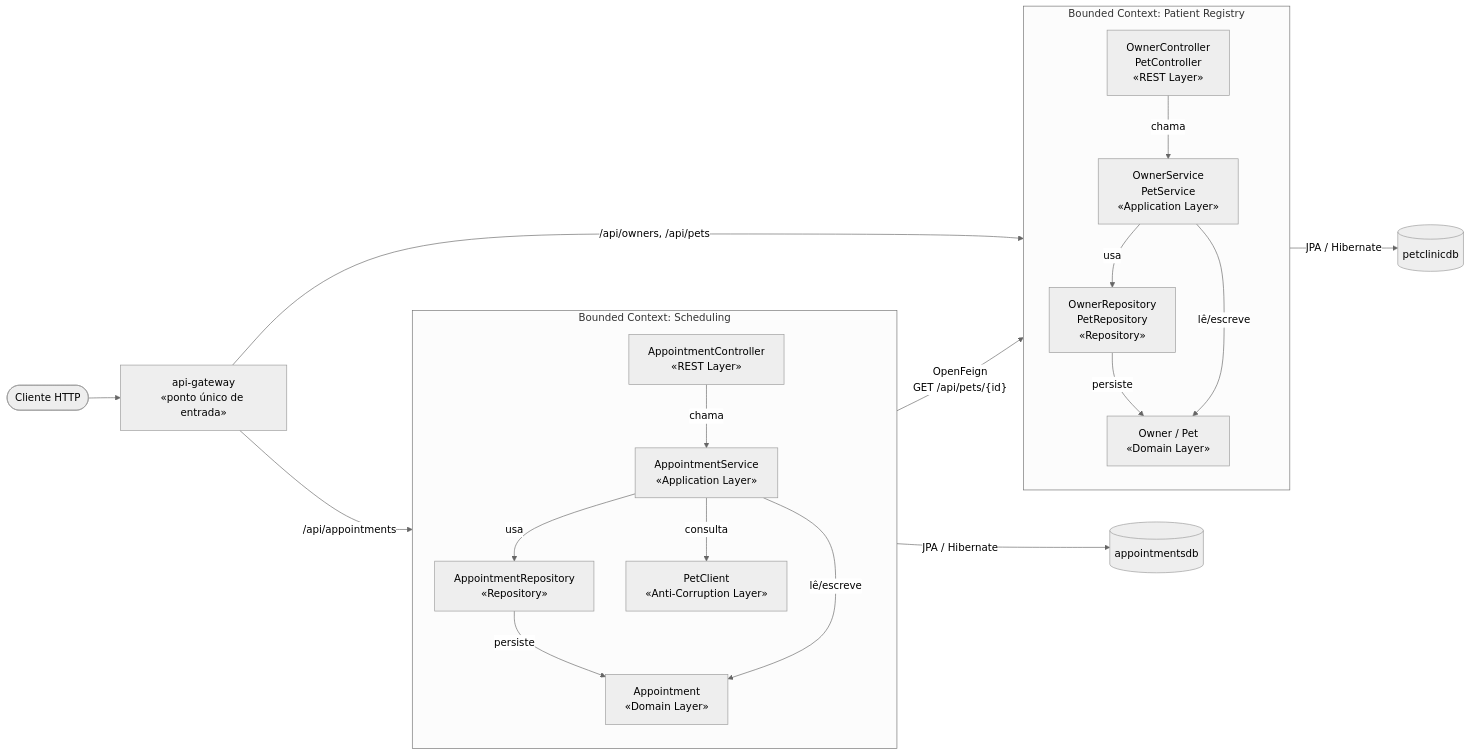
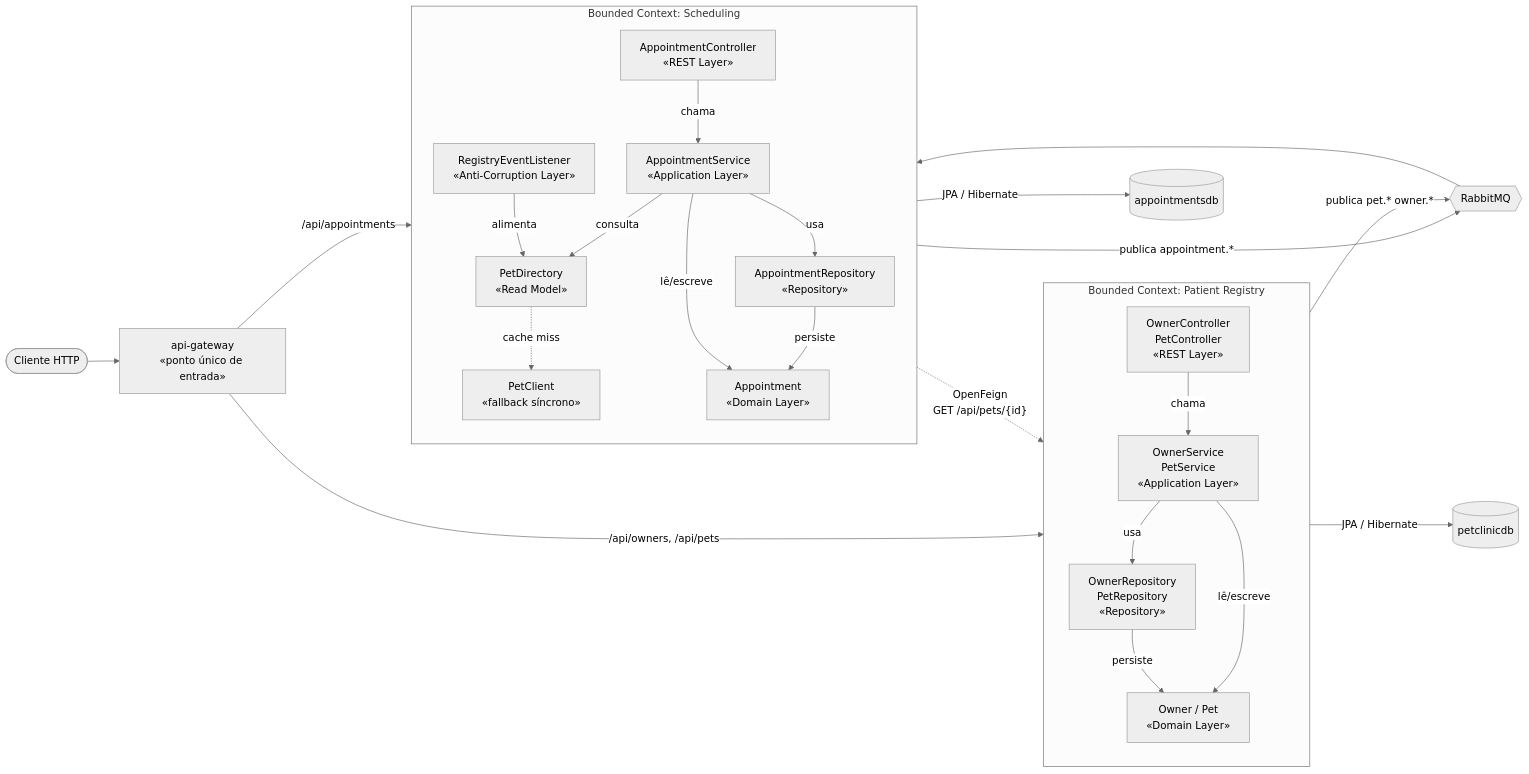
One commit to infnet-antonio-lemos/projeto-bloco-softwares-escalaveis changed the third of 3 diagrams in docs/ddd-context-map.md. Above: the diagram before and after it, drawn with Mermaid (neutral theme). The commit also changed other lines of this file and 55 other files, not shown here.

````diff
--- a/docs/ddd-context-map.md
+++ b/docs/ddd-context-map.md
@@ -178,39 +193,48 @@
 ```mermaid
 flowchart LR
     HTTP(["Cliente HTTP"]) --> GW["api-gateway\n«ponto único de entrada»"]
 
     subgraph BC1["Bounded Context: Patient Registry"]
         direction TB
         C["OwnerController\nPetController\n«REST Layer»"]
         S["OwnerService\nPetService\n«Application Layer»"]
         R["OwnerRepository\nPetRepository\n«Repository»"]
         E["Owner / Pet\n«Domain Layer»"]
 
         C -->|chama| S
         S -->|usa| R
         R -->|persiste| E
         S -->|lê/escreve| E
     end
 
     subgraph BC2["Bounded Context: Scheduling"]
         direction TB
         C2["AppointmentController\n«REST Layer»"]
         S2["AppointmentService\n«Application Layer»"]
         R2["AppointmentRepository\n«Repository»"]
         E2["Appointment\n«Domain Layer»"]
-        F2["PetClient\n«Anti-Corruption Layer»"]
+        P2["PetDirectory\n«Read Model»"]
+        L2["RegistryEventListener\n«Anti-Corruption Layer»"]
+        F2["PetClient\n«fallback síncrono»"]
 
         C2 -->|chama| S2
         S2 -->|usa| R2
-        S2 -->|consulta| F2
+        S2 -->|consulta| P2
+        P2 -.->|cache miss| F2
+        L2 -->|alimenta| P2
         R2 -->|persiste| E2
         S2 -->|lê/escreve| E2
     end
 
+    MQ{{"RabbitMQ"}}
+
     GW -->|"/api/owners, /api/pets"| C
     GW -->|"/api/appointments"| C2
-    F2 -->|"OpenFeign\nGET /api/pets/{id}"| C
+    S -->|"publica pet.* owner.*"| MQ
+    MQ --> L2
+    S2 -->|"publica appointment.*"| MQ
+    F2 -.->|"OpenFeign\nGET /api/pets/{id}"| C
 
     E -->|JPA / Hibernate| DB[("petclinicdb")]
     E2 -->|JPA / Hibernate| DB2[("appointmentsdb")]
 ```
````
